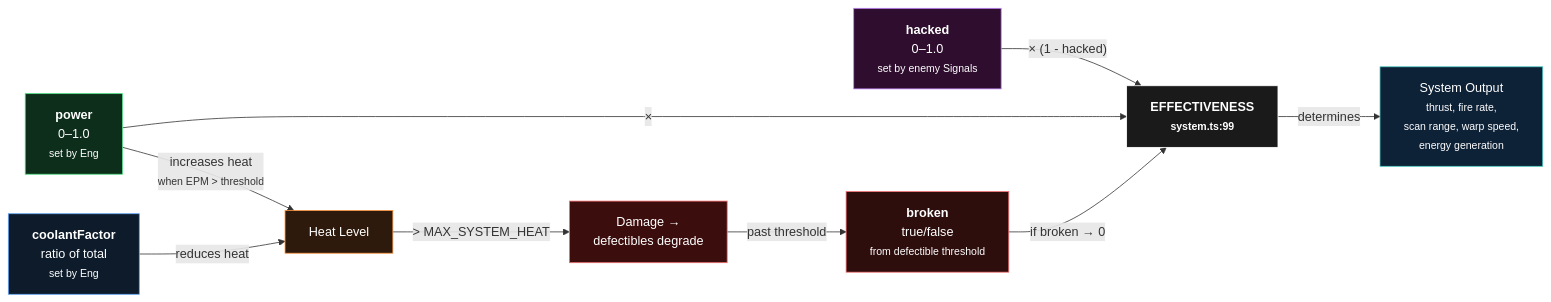
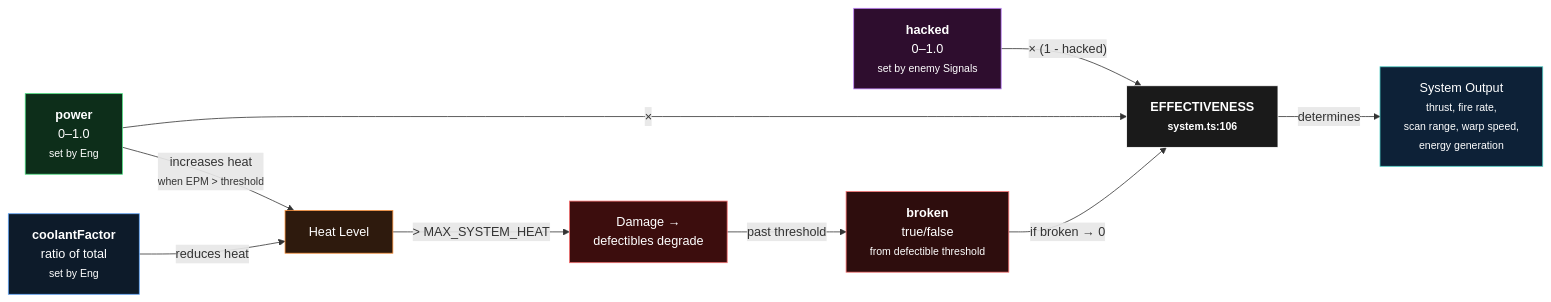
The fifth of 7 diagrams in docs/bridge-playtest/bridge-dynamics.md (starwards/starwards), drawn with Mermaid before and after one commit. The commit also changed other lines of this file and 41 other files, not shown here.

````diff
--- a/docs/bridge-playtest/bridge-dynamics.md
+++ b/docs/bridge-playtest/bridge-dynamics.md
@@ -280,29 +280,29 @@
 ```mermaid
 flowchart LR
     Power["<b>power</b><br/>0–1.0<br/><small>set by Eng</small>"]
     Coolant["<b>coolantFactor</b><br/>ratio of total<br/><small>set by Eng</small>"]
     Hacked["<b>hacked</b><br/>0–1.0<br/><small>set by enemy Signals</small>"]
     Broken["<b>broken</b><br/>true/false<br/><small>from defectible threshold</small>"]
 
     Power -->|"×"| EFF
     Hacked -->|"× (1 - hacked)"| EFF
     Broken -->|"if broken → 0"| EFF
 
-    EFF["<b>EFFECTIVENESS</b><br/><small>system.ts:99</small>"]
+    EFF["<b>EFFECTIVENESS</b><br/><small>system.ts:106</small>"]
 
     EFF -->|"determines"| Output["System Output<br/><small>thrust, fire rate,<br/>scan range, warp speed,<br/>energy generation</small>"]
 
     Coolant -->|"reduces heat"| Heat["Heat Level"]
     Power -->|"increases heat<br/><small>when EPM > threshold</small>"| Heat
     Heat -->|"> MAX_SYSTEM_HEAT"| Damage["Damage →<br/>defectibles degrade"]
     Damage -->|"past threshold"| Broken
 
     style Power fill:#0d2e1a,stroke:#4ade80,color:#fff
     style Coolant fill:#0d1b2a,stroke:#60a5fa,color:#fff
     style Hacked fill:#2e0d2e,stroke:#c084fc,color:#fff
     style Broken fill:#2e0d0d,stroke:#f87171,color:#fff
     style EFF fill:#1a1a1a,stroke:#fff,color:#fff,font-weight:bold
     style Output fill:#0d2137,stroke:#4ecdc4,color:#fff
     style Heat fill:#2e1a0d,stroke:#fb923c,color:#fff
     style Damage fill:#3c0d0d,stroke:#f87171,color:#fff
 ```
````
